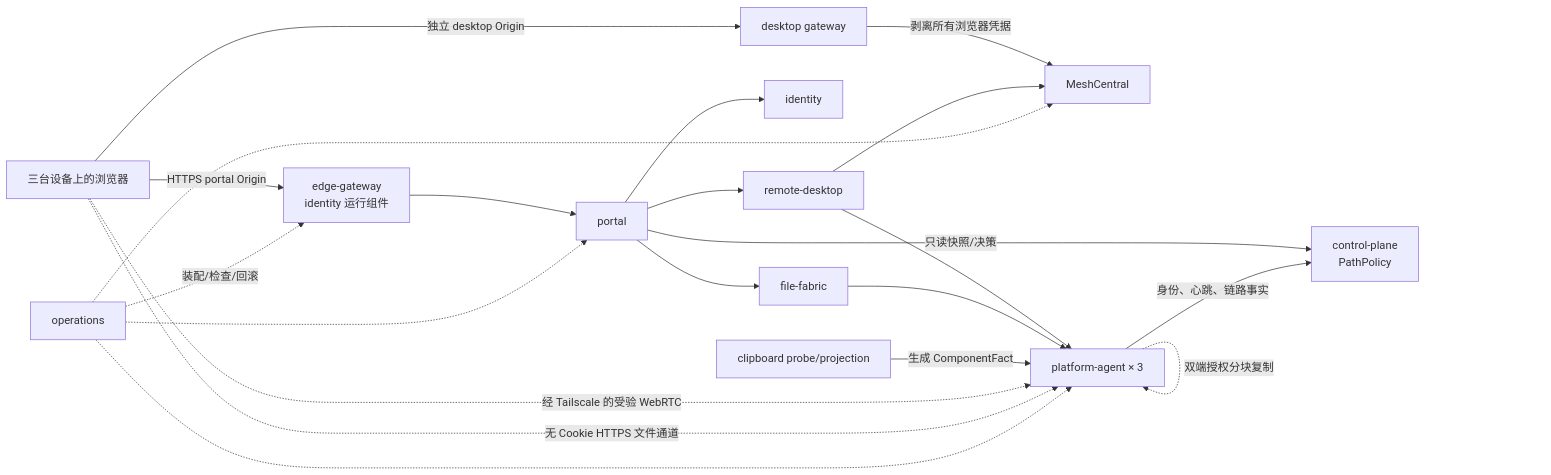
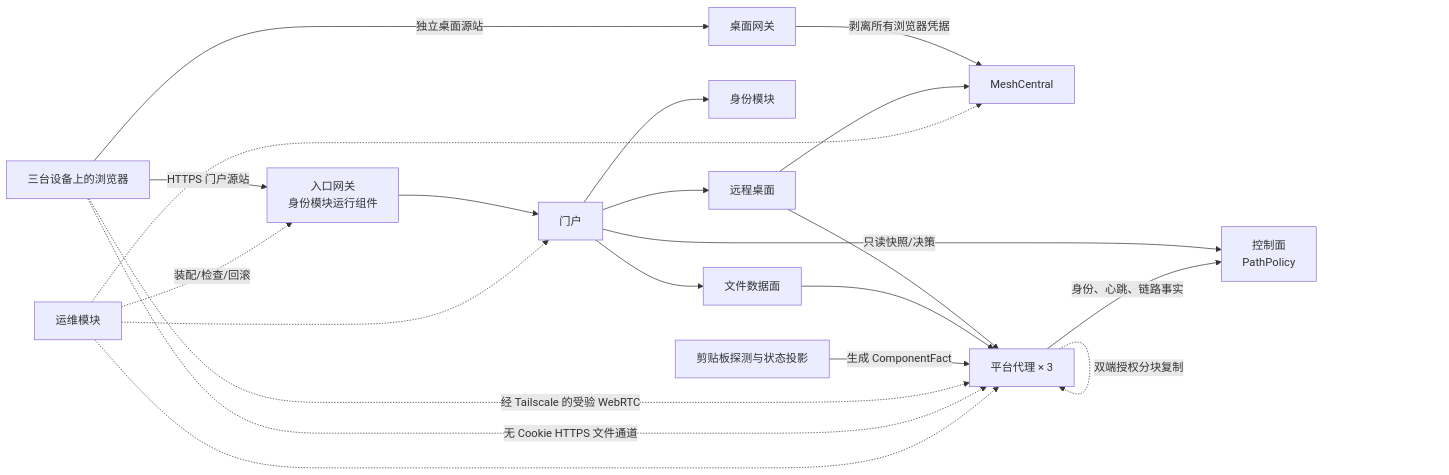
Before and after one commit to J-ChenX/screen_control: the diagram in docs/ARCHITECTURE.md, drawn with Mermaid. The commit also changed other lines of this file and 136 other files, not shown here.

````diff
--- a/docs/ARCHITECTURE.md
+++ b/docs/ARCHITECTURE.md
@@ -17,23 +17,23 @@
 ```mermaid
 flowchart LR
-    Browser["三台设备上的浏览器"] -->|"HTTPS portal Origin"| Edge["edge-gateway\nidentity 运行组件"]
-    Edge --> Portal["portal"]
-    Browser -->|"独立 desktop Origin"| DesktopEdge["desktop gateway"]
+    Browser["三台设备上的浏览器"] -->|"HTTPS 门户源站"| Edge["入口网关\n身份模块运行组件"]
+    Edge --> Portal["门户"]
+    Browser -->|"独立桌面源站"| DesktopEdge["桌面网关"]
     DesktopEdge -->|"剥离所有浏览器凭据"| Mesh["MeshCentral"]
-    Portal --> Identity["identity"]
-    Portal -->|"只读快照/决策"| Control["control-plane\nPathPolicy"]
-    Portal --> Remote["remote-desktop"]
-    Portal --> Files["file-fabric"]
-    Agent["platform-agent × 3"] -->|"身份、心跳、链路事实"| Control
+    Portal --> Identity["身份模块"]
+    Portal -->|"只读快照/决策"| Control["控制面\nPathPolicy"]
+    Portal --> Remote["远程桌面"]
+    Portal --> Files["文件数据面"]
+    Agent["平台代理 × 3"] -->|"身份、心跳、链路事实"| Control
     Remote --> Agent
     Files --> Agent
-    Clipboard["clipboard probe/projection"] -->|"生成 ComponentFact"| Agent
+    Clipboard["剪贴板探测与状态投影"] -->|"生成 ComponentFact"| Agent
     Remote --> Mesh
     Browser -.->|"经 Tailscale 的受验 WebRTC"| Agent
     Browser -.->|"无 Cookie HTTPS 文件通道"| Agent
     Agent -.->|"双端授权分块复制"| Agent
-    Ops["operations"] -.->|"装配/检查/回滚"| Edge
+    Ops["运维模块"] -.->|"装配/检查/回滚"| Edge
     Ops -.-> Portal
     Ops -.-> Agent
     Ops -.-> Mesh
 ```
````
